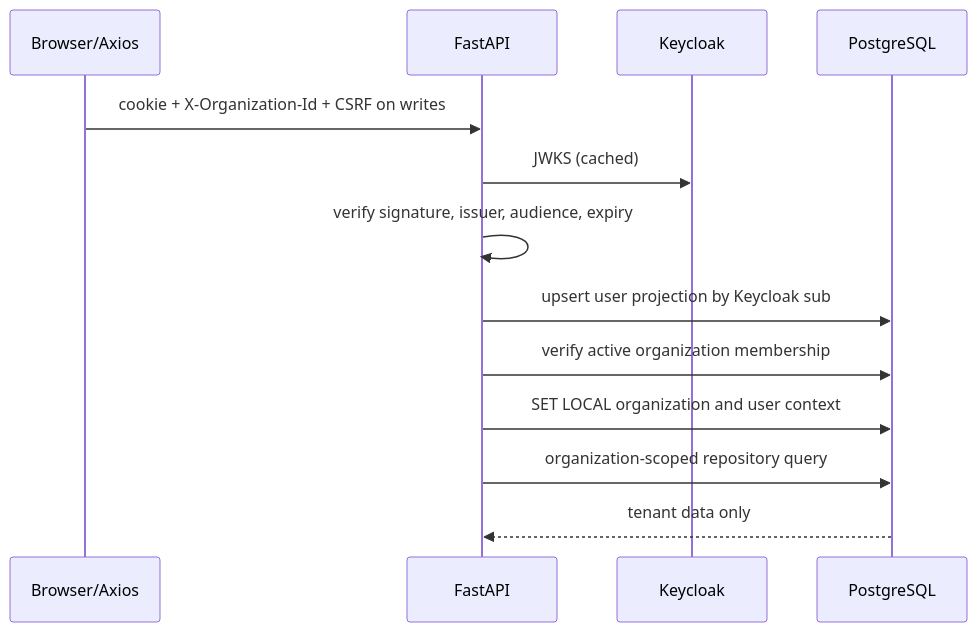
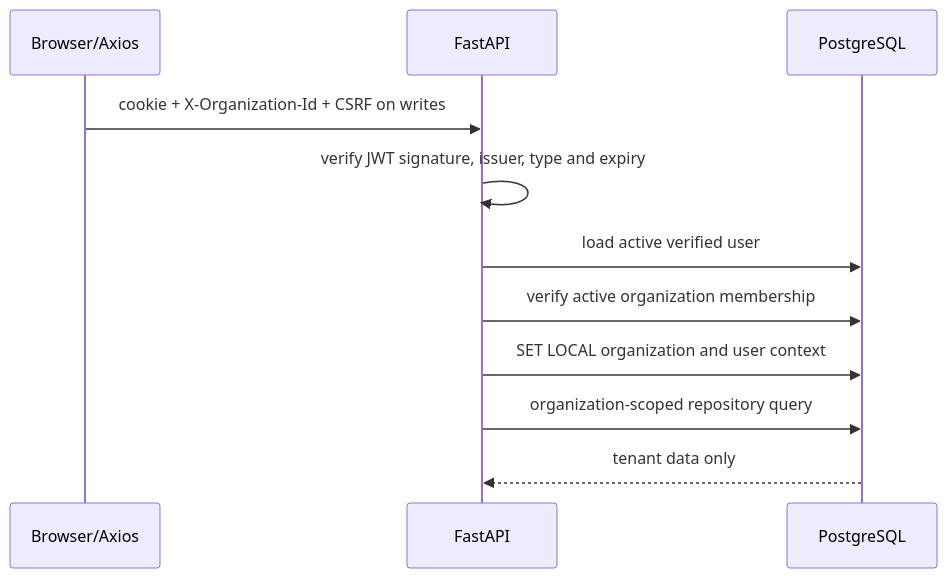
Before and after one commit to khanhnkq/feed.io: the second of 2 diagrams in docs/architecture/system-overview.md, drawn with Mermaid. The commit also changed other lines of this file and 82 other files, not shown here.

````diff
--- a/docs/architecture/system-overview.md
+++ b/docs/architecture/system-overview.md
@@ -44,15 +44,13 @@
 ```mermaid
 sequenceDiagram
     participant B as Browser/Axios
     participant A as FastAPI
-    participant K as Keycloak
     participant P as PostgreSQL
     B->>A: cookie + X-Organization-Id + CSRF on writes
-    A->>K: JWKS (cached)
-    A->>A: verify signature, issuer, audience, expiry
-    A->>P: upsert user projection by Keycloak sub
+    A->>A: verify JWT signature, issuer, type and expiry
+    A->>P: load active verified user
     A->>P: verify active organization membership
     A->>P: SET LOCAL organization and user context
     A->>P: organization-scoped repository query
     P-->>A: tenant data only
 ```
````
